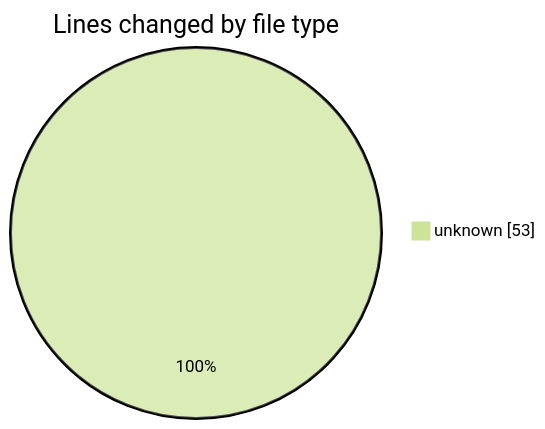
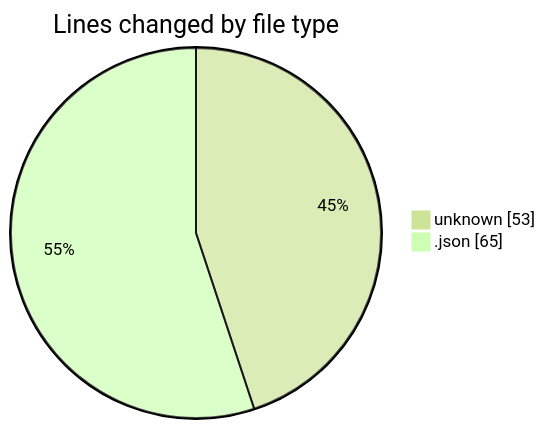
One commit to momahboobian/code-tracking changed the first of 2 diagrams in 2026-01-19/cda/README.md. Above: the diagram before and after it, drawn with Mermaid (forest theme). The commit also changed other lines of this file and 1 other file, not shown here.

````diff
--- a/2026-01-19/cda/README.md
+++ b/2026-01-19/cda/README.md
@@ -20,5 +21,6 @@
 ```mermaid
 pie showData
 title Lines changed by file type
 "unknown" : 53
+".json" : 65
 ```
````
